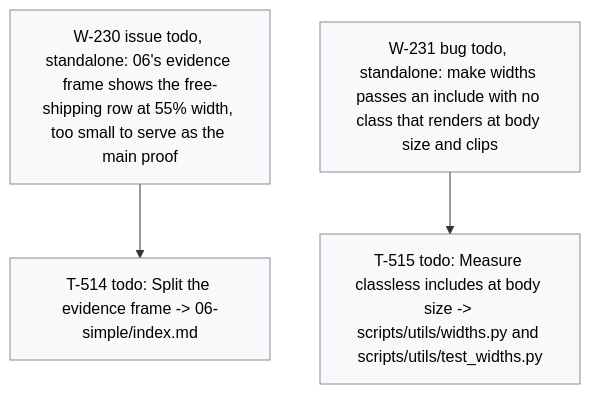
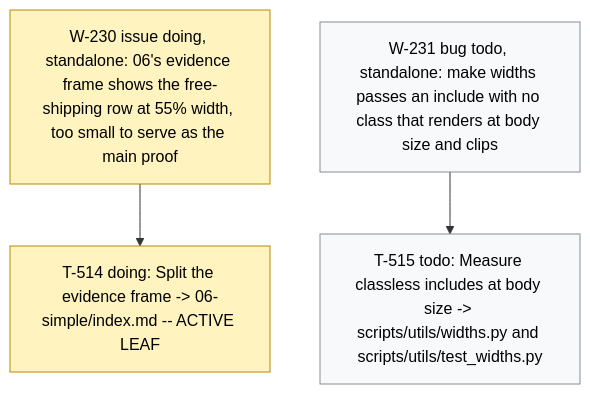
The diagram in .board/BOARD.md (dpopchev/chaos-to-simple), drawn with Mermaid before and after one commit. The commit also changed other lines of this file and 2 other files, not shown here.

Commit message:
chore(board): activate W-230, start T-514
Refs: W-230 T-514

````diff
--- a/.board/BOARD.md
+++ b/.board/BOARD.md
@@ -1373,13 +1373,14 @@
 ```mermaid
 flowchart TD
-  W230["W-230 issue todo, standalone: 06's evidence frame shows the free-shipping row at 55% width, too small to serve as the main proof"]
-  W230 --> T514["T-514 todo: Split the evidence frame -> 06-simple/index.md"]
+  W230["W-230 issue doing, standalone: 06's evidence frame shows the free-shipping row at 55% width, too small to serve as the main proof"]
+  W230 --> T514["T-514 doing: Split the evidence frame -> 06-simple/index.md -- ACTIVE LEAF"]
   W231["W-231 bug todo, standalone: make widths passes an include with no class that renders at body size and clips"]
   W231 --> T515["T-515 todo: Measure classless includes at body size -> scripts/utils/widths.py and scripts/utils/test_widths.py"]
   classDef doing fill:#fff3bf,stroke:#b58900,color:#000;
   classDef blocked fill:#ffe3e3,stroke:#c92a2a,color:#000;
   classDef done fill:#e6ffed,stroke:#2b8a3e,color:#000;
   classDef todo fill:#f8f9fa,stroke:#868e96,color:#000;
   classDef pruned fill:#f1f3f5,stroke:#adb5bd,color:#000;
-  class W230,T514,W231,T515 todo
+  class W230,T514 doing
+  class W231,T515 todo
 ```
````
